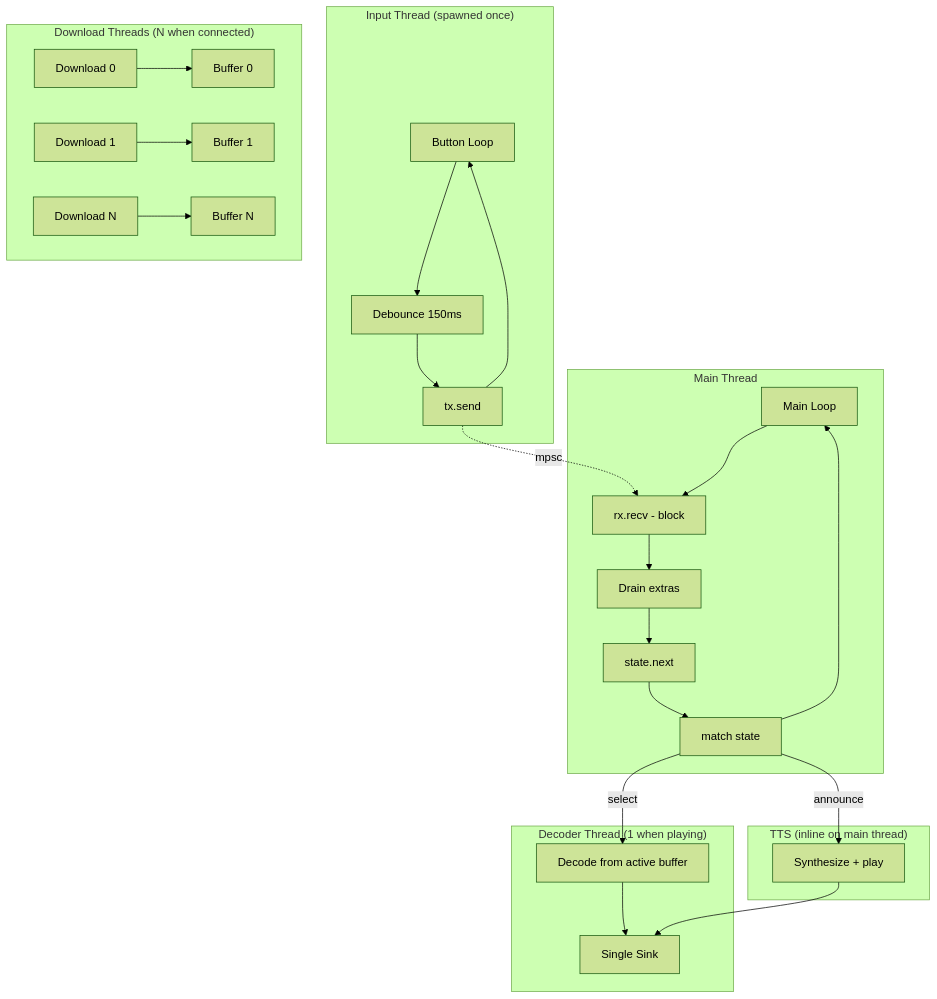
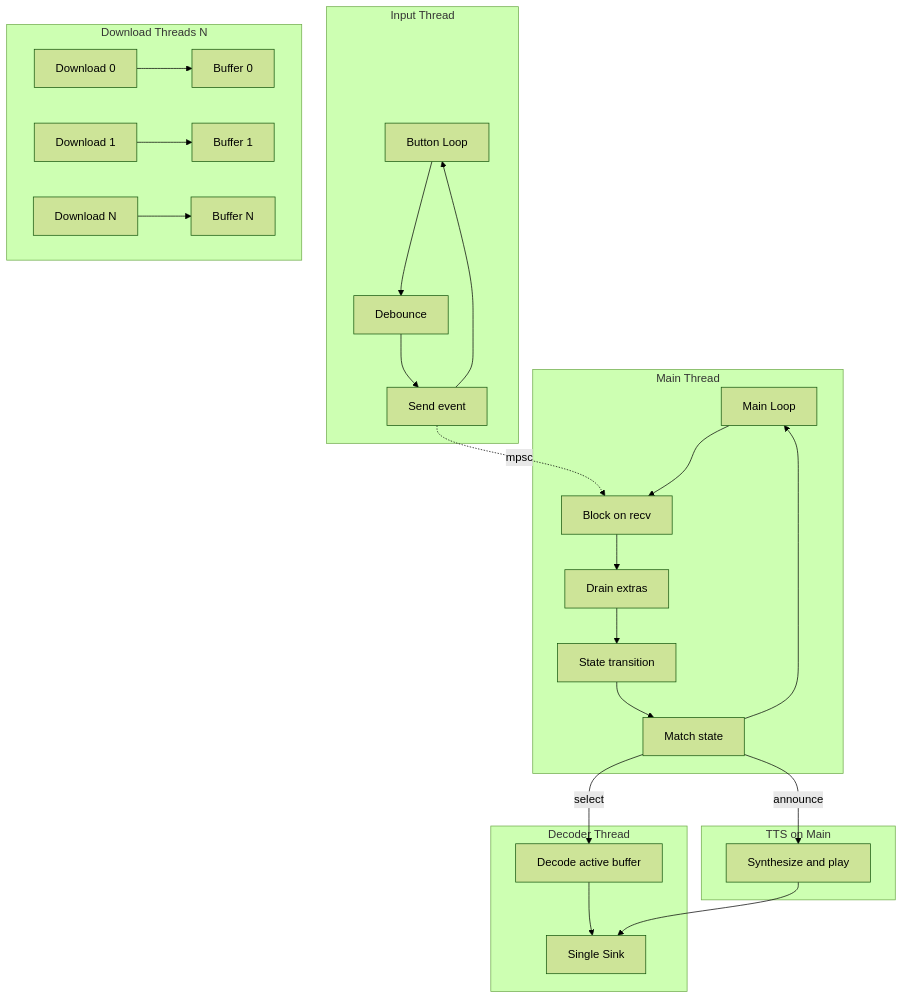
The fifth of 6 diagrams in state-machine.md (eralpkaraduman/lego-radio), drawn with Mermaid (forest theme) before and after one commit. The commit also changed other lines of this file, not shown here.

First line of the commit message:
docs: fix mermaid diagram syntax and convert ASCII to mermaid

````diff
--- a/state-machine.md
+++ b/state-machine.md
@@ -391,38 +385,34 @@
 ```mermaid
 flowchart TB
-    subgraph "Main Thread"
-        ML[Main Loop]
-        ML --> WB[rx.recv - block]
+    subgraph Main[Main Thread]
+        ML[Main Loop] --> WB[Block on recv]
         WB --> DR[Drain extras]
-        DR --> ST[state.next]
-        ST --> PC[match state]
+        DR --> ST[State transition]
+        ST --> PC[Match state]
         PC --> ML
     end
 
-    subgraph "Input Thread (spawned once)"
-        BL[Button Loop]
-        BL --> DP[Debounce 150ms]
-        DP --> TX[tx.send]
+    subgraph Input[Input Thread]
+        BL[Button Loop] --> DP[Debounce]
+        DP --> TX[Send event]
         TX --> BL
     end
 
-    subgraph "Download Threads (N when connected)"
+    subgraph Downloads[Download Threads N]
         DL0[Download 0] --> BUF0[Buffer 0]
         DL1[Download 1] --> BUF1[Buffer 1]
         DLN[Download N] --> BUFN[Buffer N]
     end
 
-    subgraph "Decoder Thread (1 when playing)"
-        DEC[Decode from active buffer]
-        DEC --> SINK[Single Sink]
+    subgraph Decoder[Decoder Thread]
+        DEC[Decode active buffer] --> SINK[Single Sink]
     end
 
-    subgraph "TTS (inline on main thread)"
-        TTS[Synthesize + play]
-        TTS --> SINK
+    subgraph TTS[TTS on Main]
+        TTSP[Synthesize and play] --> SINK
     end
 
     TX -.->|mpsc| WB
     PC -->|select| DEC
-    PC -->|announce| TTS
+    PC -->|announce| TTSP
 ```
````
